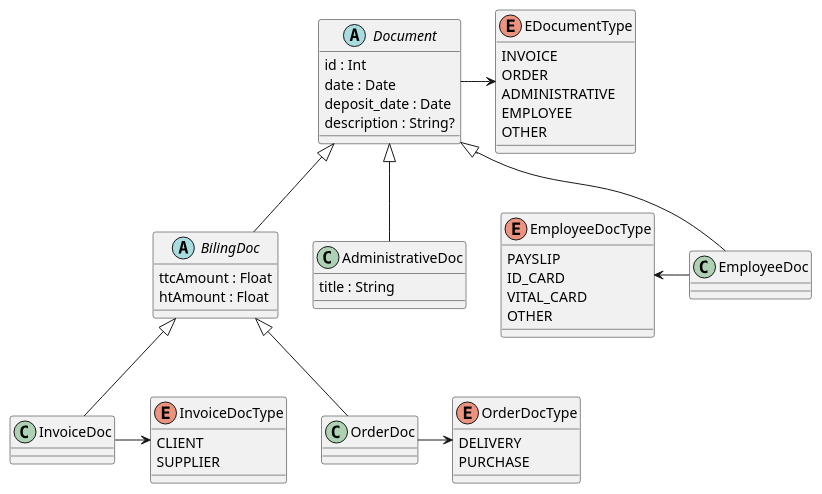
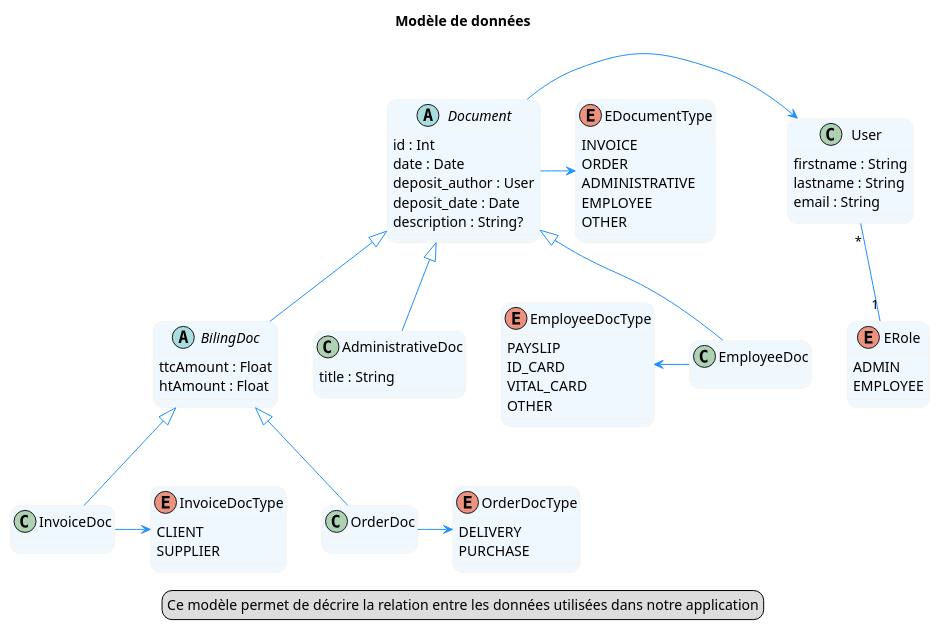
One commit to Thessalene/Mary changed the diagram in src/assets/conception/class_diagram.plantuml. Above: the diagram before and after it, drawn with PlantUML. The commit also changed 2 other files, not shown here.

Commit message:
[CP-002] Project Architecture v1
Minor change on class diagramm

```diff
--- a/src/assets/conception/class_diagram.plantuml
+++ b/src/assets/conception/class_diagram.plantuml
@@ -1,62 +1,90 @@
 @startuml Class_Diagramm
+skinparam roundcorner 20
+skinparam class {
+BackgroundColor AliceBlue
+ArrowColor DodgerBlue
+BorderColor AntiqueWhite
+}
+skinparam stereotypeCBackgroundColor Chartreuse
+skinparam stereotypeABackgroundColor DeepSkyBlue
+skinparam stereotypeEBackgroundColor DarkOrchid
+
+title Modèle de données
+legend Ce modèle permet de décrire la relation entre les données utilisées dans notre application
+
+class User {
+    firstname : String
+    lastname : String
+    email : String
+    
+}
+
+enum ERole{
+    ADMIN
+    EMPLOYEE
+}
 
 abstract "Document" as Document{
     id : Int
     date : Date
+    deposit_author : User
     deposit_date : Date 
     description : String? 
 }
 
 abstract BilingDoc {
     ttcAmount : Float 
     htAmount : Float 
 }
 
 class InvoiceDoc 
 
 enum InvoiceDocType {
     CLIENT
     SUPPLIER
 }
 
 class OrderDoc 
 
 enum OrderDocType {
     DELIVERY
     PURCHASE
 }
 
 class EmployeeDoc
 
 enum EmployeeDocType {
     PAYSLIP
     ID_CARD
     VITAL_CARD
     OTHER
 }
 
 class AdministrativeDoc {
     title : String
 }
 
 enum EDocumentType{
     INVOICE
     ORDER
     ADMINISTRATIVE
     EMPLOYEE
     OTHER
 }
 
+User "*" -- "1" ERole
+Document -> User
+
 Document -> EDocumentType
 Document <|-- BilingDoc
 Document <|-- EmployeeDoc
 Document <|-- AdministrativeDoc
 
 BilingDoc <|-- InvoiceDoc
 BilingDoc <|-- OrderDoc
 
 InvoiceDoc -> InvoiceDocType
 OrderDoc -> OrderDocType
 EmployeeDocType <- EmployeeDoc
 
 @enduml
```
